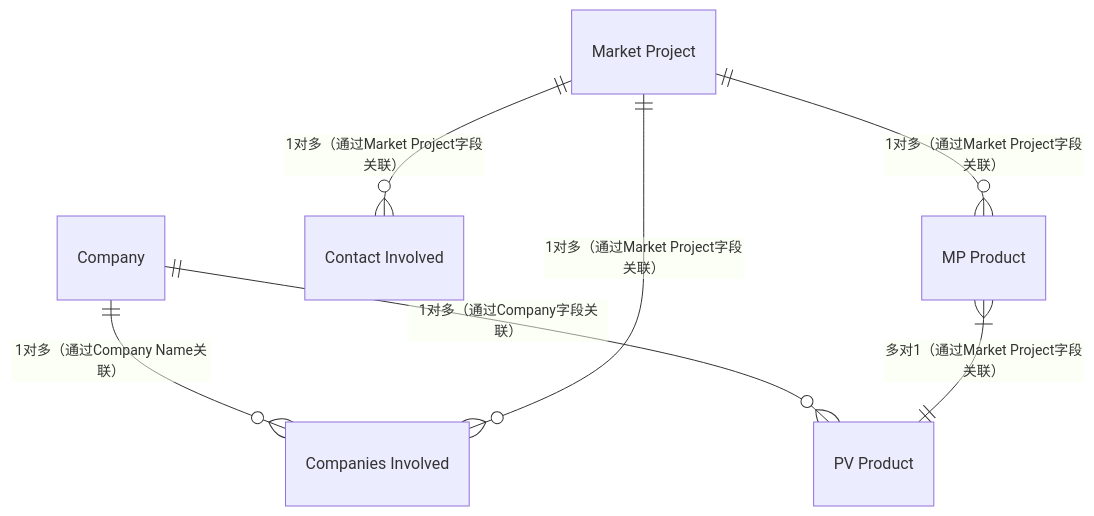
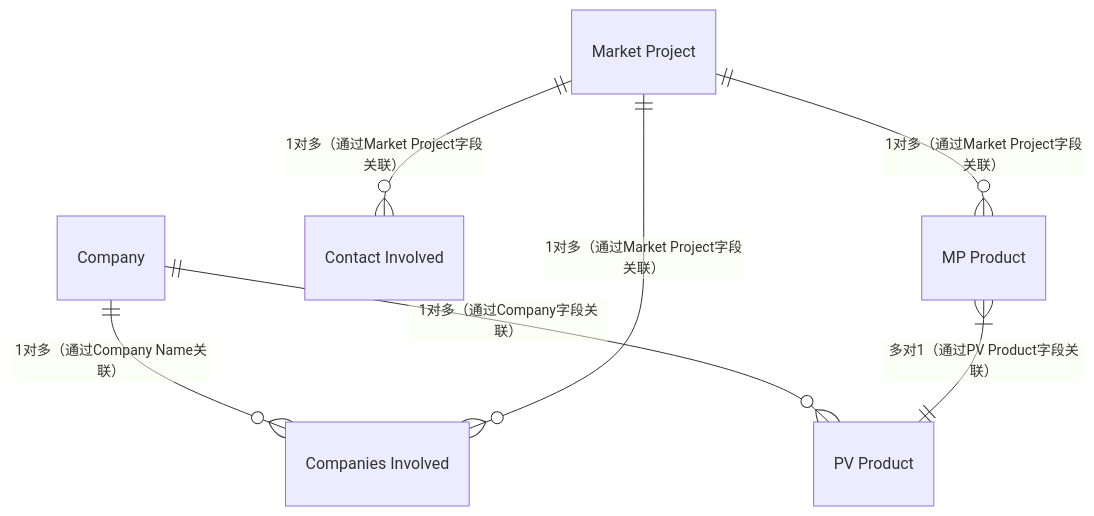
The diagram in all/未命名.md (zhangziru-33/iodraw-files), drawn with Mermaid before and after one commit.

Commit message:
2025-12-04 11:06:28 update

````diff
--- a/all/未命名.md
+++ b/all/未命名.md
@@ -1,10 +1,10 @@
 ```mermaid
 erDiagram
     Company ||--o{ "Companies Involved" : "1对多（通过Company Name关联）"
     Company ||--o{ "PV Product" : "1对多（通过Company字段关联）"
     "Market Project" ||--o{ "Companies Involved" : "1对多（通过Market Project字段关联）"
     "Market Project" ||--o{ "Contact Involved" : "1对多（通过Market Project字段关联）"
     "Market Project" ||--o{ "MP Product" : "1对多（通过Market Project字段关联）"
-    "MP Product" }|--|| "PV Product" : "多对1（通过Market Project字段关联）"
+    "MP Product" }|--|| "PV Product" : "多对1（通过PV Product字段关联）"
     
 ```
````
